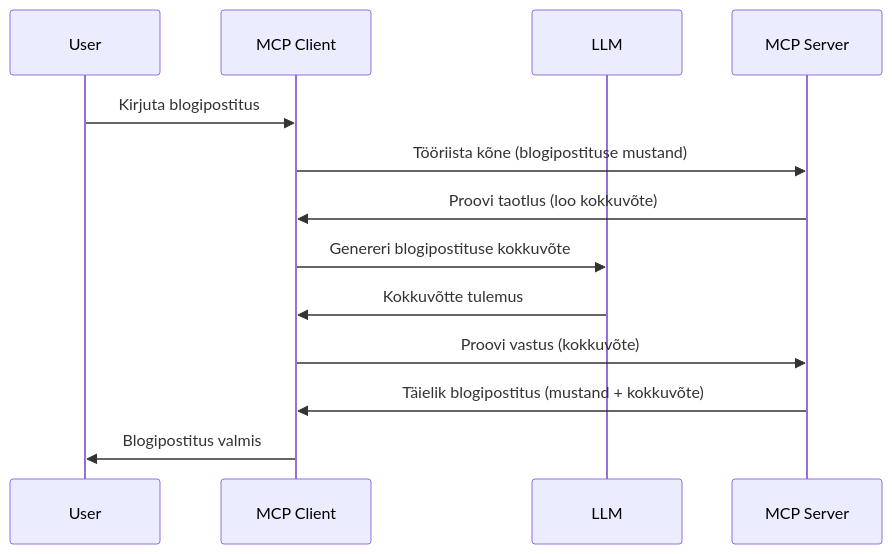
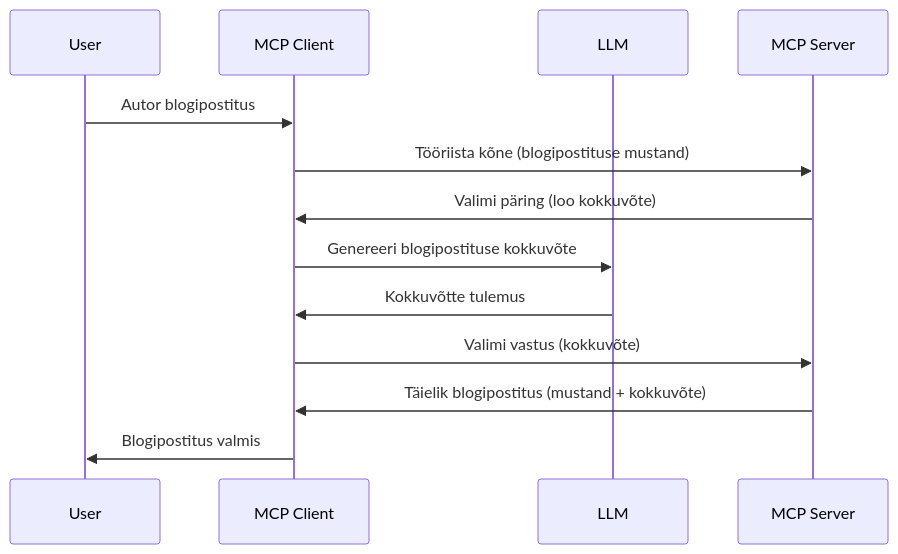
One commit to HIDORAKAI002/ai-workspace-archive changed the diagram in mcp_ecosystem__model_context_protocol/mcp_learning_resources/mcp-for-beginners/translations/et/03-GettingStarted/14-sampling/README.md. Above: the diagram before and after it, drawn with Mermaid. The commit also changed other lines of this file and 1046 other files, not shown here.

````diff
--- a/mcp_ecosystem__model_context_protocol/mcp_learning_resources/mcp-for-beginners/translations/et/03-GettingStarted/14-sampling/README.md
+++ b/mcp_ecosystem__model_context_protocol/mcp_learning_resources/mcp-for-beginners/translations/et/03-GettingStarted/14-sampling/README.md
@@ -23,16 +25,16 @@
 ```mermaid
 sequenceDiagram
     participant User
     participant MCP Client
     participant LLM
     participant MCP Server
 
-    User->>MCP Client: Kirjuta blogipostitus
+    User->>MCP Client: Autor blogipostitus
     MCP Client->>MCP Server: Tööriista kõne (blogipostituse mustand)
-    MCP Server->>MCP Client: Proovi taotlus (loo kokkuvõte)
-    MCP Client->>LLM: Genereri blogipostituse kokkuvõte
+    MCP Server->>MCP Client: Valimi päring (loo kokkuvõte)
+    MCP Client->>LLM: Genereeri blogipostituse kokkuvõte
     LLM->>MCP Client: Kokkuvõtte tulemus
-    MCP Client->>MCP Server: Proovi vastus (kokkuvõte)
+    MCP Client->>MCP Server: Valimi vastus (kokkuvõte)
     MCP Server->>MCP Client: Täielik blogipostitus (mustand + kokkuvõte)
     MCP Client->>User: Blogipostitus valmis
 ```
````
